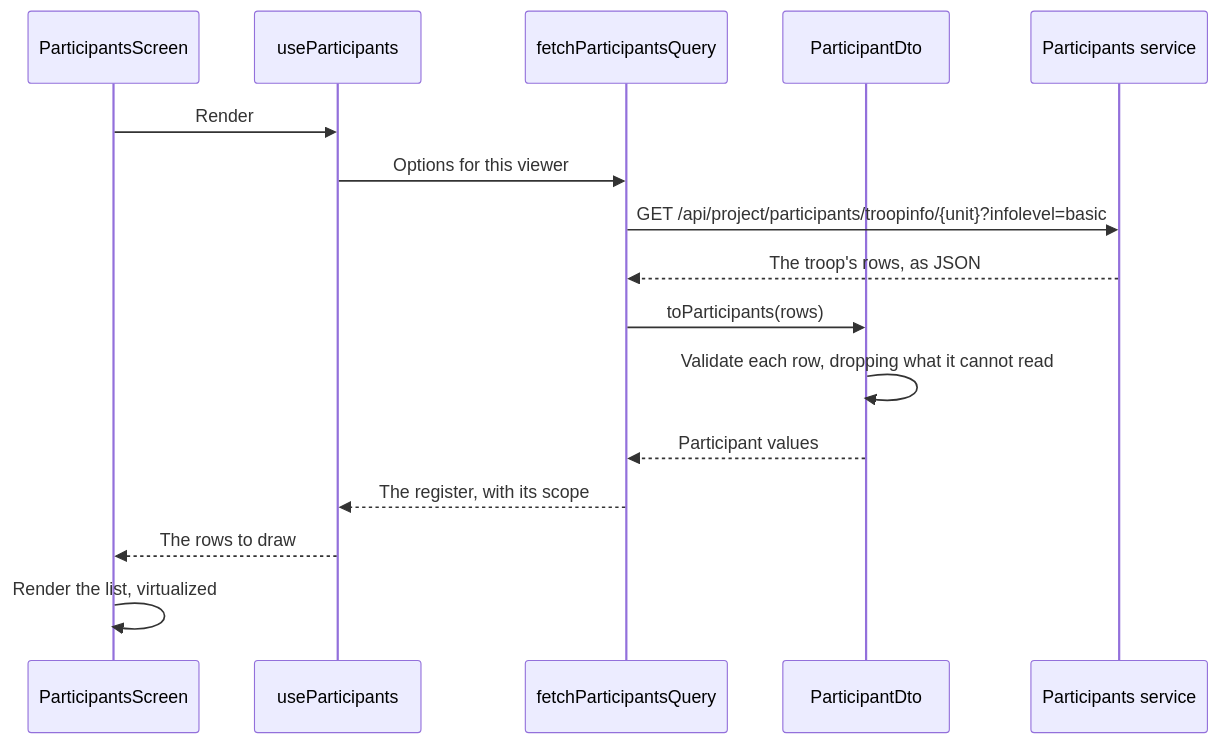
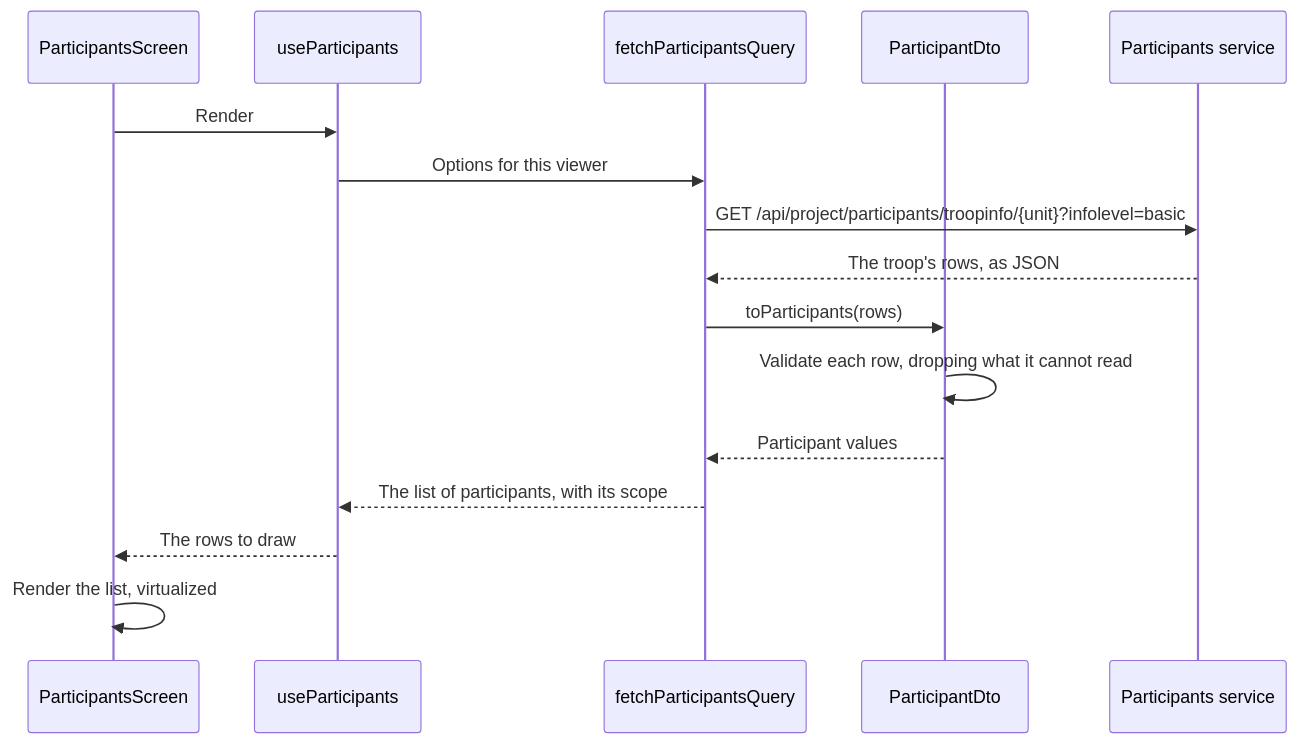
The diagram in docs/guidebook/architecture/example-flows/show-participants.md (Scouterna/wsj27-campfire), drawn with Mermaid before and after one commit. The commit also changed other lines of this file and 51 other files, not shown here.

First line of the commit message:
refactor: call the register the list of participants

````diff
--- a/docs/guidebook/architecture/example-flows/show-participants.md
+++ b/docs/guidebook/architecture/example-flows/show-participants.md
@@ -15,19 +15,19 @@
 ```mermaid
 sequenceDiagram
   participant Screen as ParticipantsScreen
   participant Hook as useParticipants
   participant Query as fetchParticipantsQuery
   participant Dto as ParticipantDto
   participant Service as Participants service
 
   Screen->>Hook: Render
   Hook->>Query: Options for this viewer
   Query->>Service: GET /api/project/participants/troopinfo/{unit}?infolevel=basic
   Service-->>Query: The troop's rows, as JSON
   Query->>Dto: toParticipants(rows)
   Dto->>Dto: Validate each row, dropping what it cannot read
   Dto-->>Query: Participant values
-  Query-->>Hook: The register, with its scope
+  Query-->>Hook: The list of participants, with its scope
   Hook-->>Screen: The rows to draw
   Screen->>Screen: Render the list, virtualized
 ```
````
